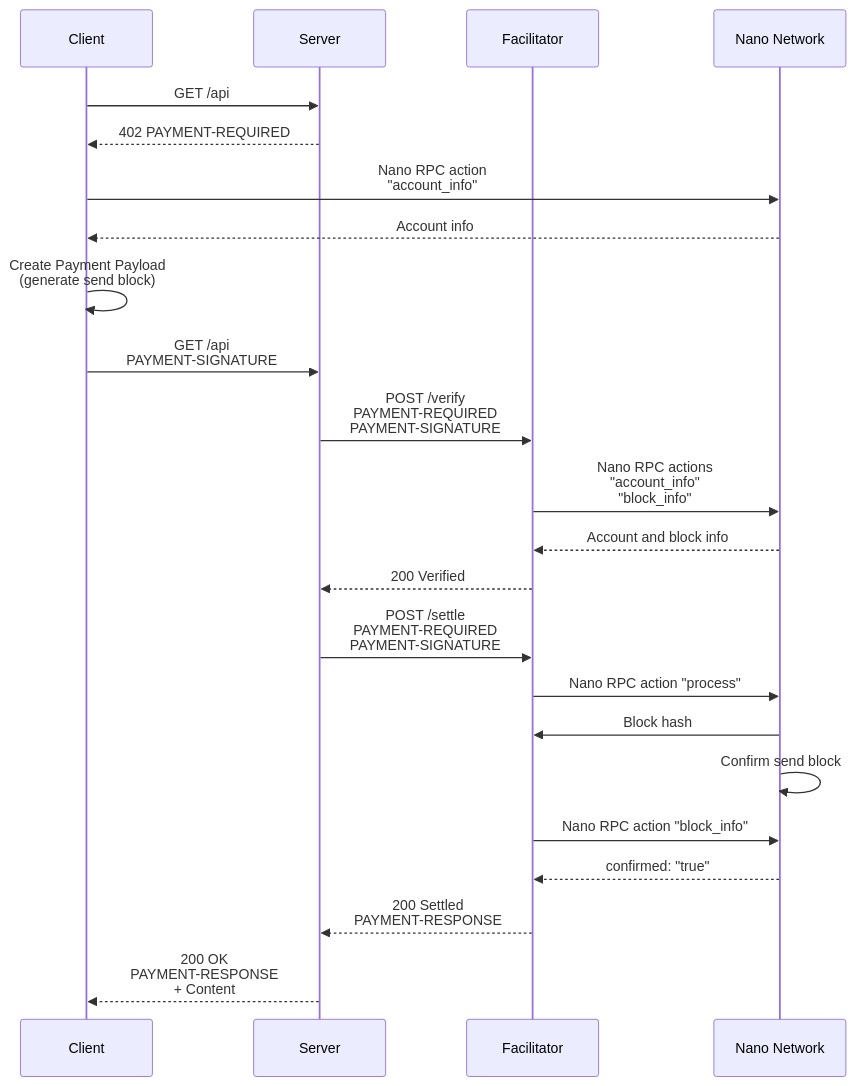
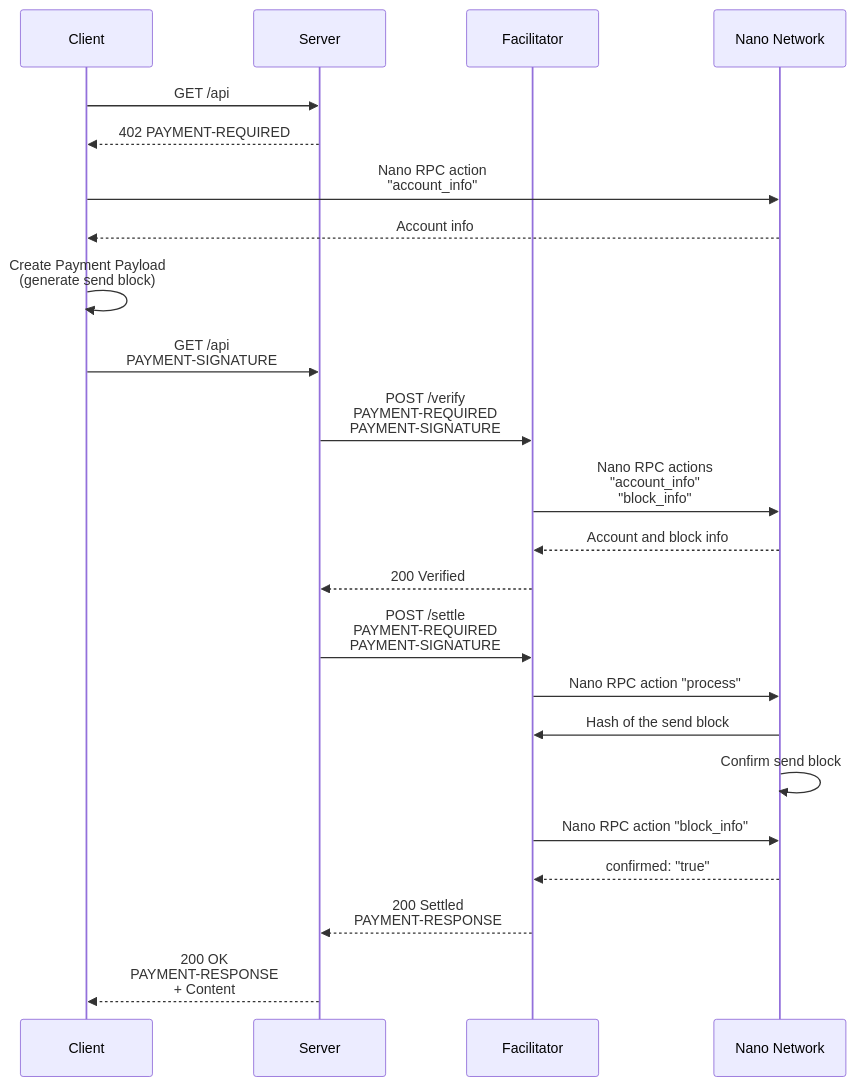
Before and after one commit to kilkelly/x402-nano-exact-scheme-proposal: the diagram in specs/schemes/exact/scheme_exact_nano.md, drawn with Mermaid. The commit also changed other lines of this file, not shown here.

````diff
--- a/specs/schemes/exact/scheme_exact_nano.md
+++ b/specs/schemes/exact/scheme_exact_nano.md
@@ -32,27 +32,27 @@
 ```mermaid
 sequenceDiagram
     participant Client;
     participant Server;
     participant Facilitator;
     participant Nano Network;
 
     Client->>Server: GET /api
     Server-->>Client: 402 PAYMENT-REQUIRED
     Client->>Nano Network: Nano RPC action<br>"account_info"
     Nano Network-->>Client: Account info
     Client->>Client: Create Payment Payload<br>(generate send block)
     Client->>Server: GET /api<br>PAYMENT-SIGNATURE
     Server->>Facilitator: POST /verify<br>PAYMENT-REQUIRED<br>PAYMENT-SIGNATURE
     Facilitator->>Nano Network: Nano RPC actions<br>"account_info"<br>"block_info"
     Nano Network-->>Facilitator: Account and block info
     Facilitator-->>Server: 200 Verified
     Server->>Facilitator: POST /settle<br>PAYMENT-REQUIRED<br>PAYMENT-SIGNATURE
     Facilitator->>Nano Network: Nano RPC action "process"
-    Nano Network->>Facilitator: Block hash
+    Nano Network->>Facilitator: Hash of the send block
     Nano Network->>Nano Network: Confirm send block
     Facilitator->>Nano Network: Nano RPC action "block_info"
     Nano Network-->>Facilitator: confirmed: "true"
     Facilitator-->>Server: 200 Settled<br>PAYMENT-RESPONSE
     Server-->>Client: 200 OK<br>PAYMENT-RESPONSE<br>+ Content
 
 ```
````
